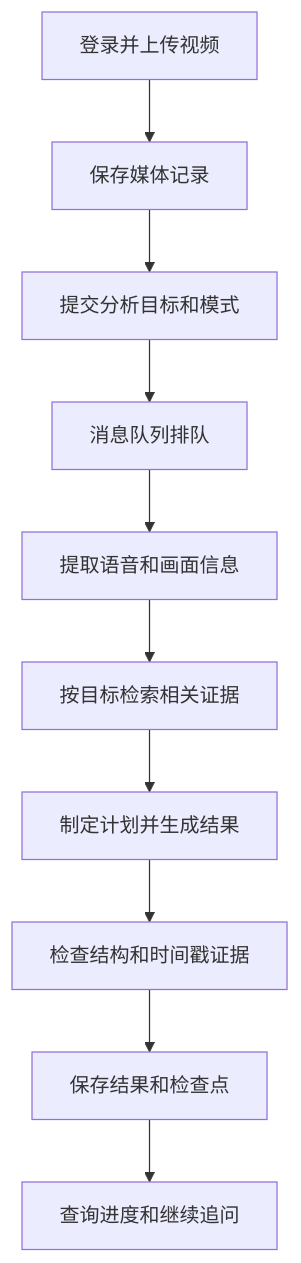
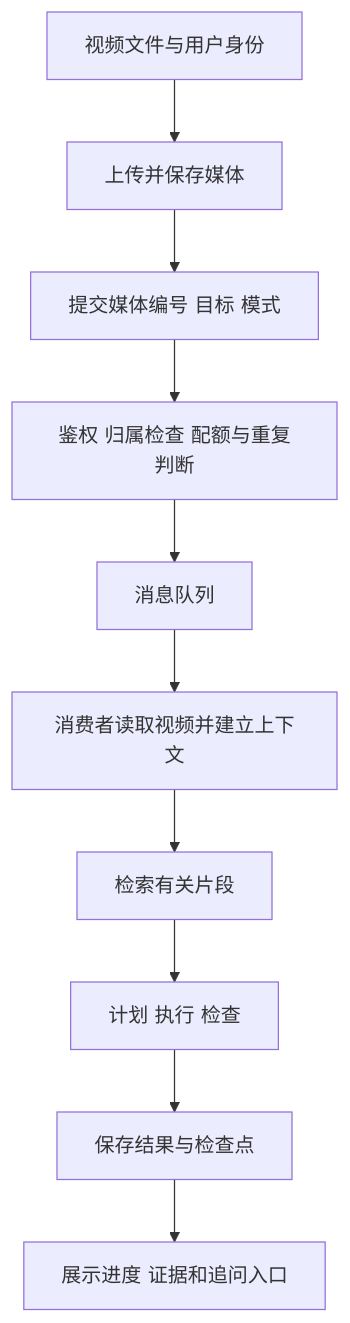
The diagram in docs/learning/新文档/01-project-overview.md (2chaochan/DOVideo-AI-Next), drawn with Mermaid before and after one commit. The commit also changed other lines of this file and 13 other files, not shown here.

````diff
--- a/docs/learning/新文档/01-project-overview.md
+++ b/docs/learning/新文档/01-project-overview.md
@@ -13,12 +17,12 @@
 ```mermaid
 flowchart TD
-  A[登录并上传视频] --> B[保存媒体记录]
-  B --> C[提交分析目标和模式]
-  C --> D[消息队列排队]
-  D --> E[提取语音和画面信息]
-  E --> F[按目标检索相关证据]
-  F --> G[制定计划并生成结果]
-  G --> H[检查结构和时间戳证据]
-  H --> I[保存结果和检查点]
-  I --> J[查询进度和继续追问]
+ A[视频文件与用户身份] --> B[上传并保存媒体]
+ B --> C[提交媒体编号 目标 模式]
+ C --> D[鉴权 归属检查 配额与重复判断]
+ D --> E[消息队列]
+ E --> F[消费者读取视频并建立上下文]
+ F --> G[检索有关片段]
+ G --> H[计划 执行 检查]
+ H --> I[保存结果与检查点]
+ I --> J[展示进度 证据和追问入口]
 ```
````
